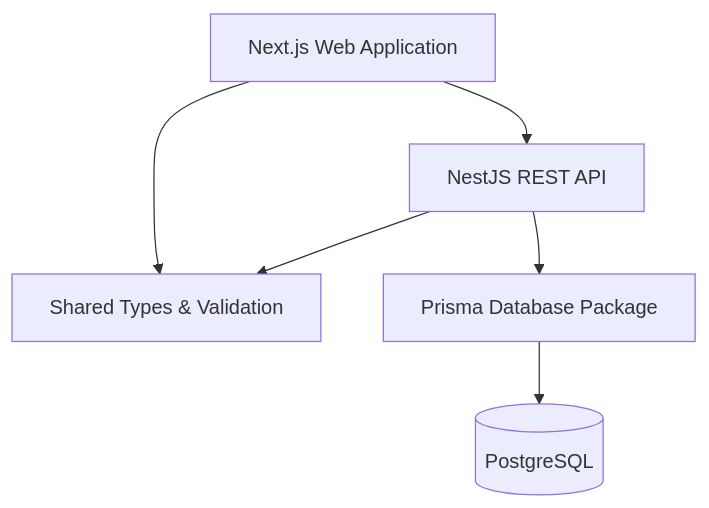
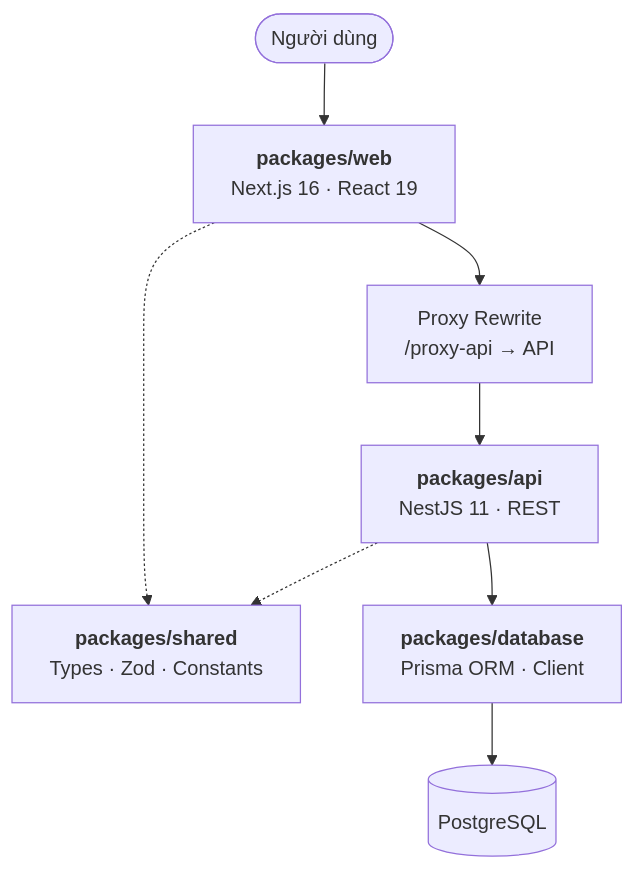
Before and after one commit to Dokiwich/student-training-score: the second of 2 diagrams in README.md, drawn with Mermaid. The commit also changed other lines of this file, not shown here.

````diff
--- a/README.md
+++ b/README.md
@@ -98,14 +131,18 @@
 ```mermaid
 flowchart TB
-    WEB[Next.js Web Application]
-    API[NestJS REST API]
-    SHARED[Shared Types & Validation]
-    DBPKG[Prisma Database Package]
-    POSTGRES[(PostgreSQL)]
+    USER(["Người dùng"])
+    WEB["<strong>packages/web</strong><br/>Next.js 16 · React 19"]
+    PROXY["Proxy Rewrite<br/>/proxy-api → API"]
+    API["<strong>packages/api</strong><br/>NestJS 11 · REST"]
+    SHARED["<strong>packages/shared</strong><br/>Types · Zod · Constants"]
+    DB["<strong>packages/database</strong><br/>Prisma ORM · Client"]
+    PG[("PostgreSQL")]
 
-    WEB --> API
-    WEB --> SHARED
-    API --> SHARED
-    API --> DBPKG
-    DBPKG --> POSTGRES
+    USER --> WEB
+    WEB --> PROXY
+    PROXY --> API
+    WEB -.-> SHARED
+    API -.-> SHARED
+    API --> DB
+    DB --> PG
 ```
````
